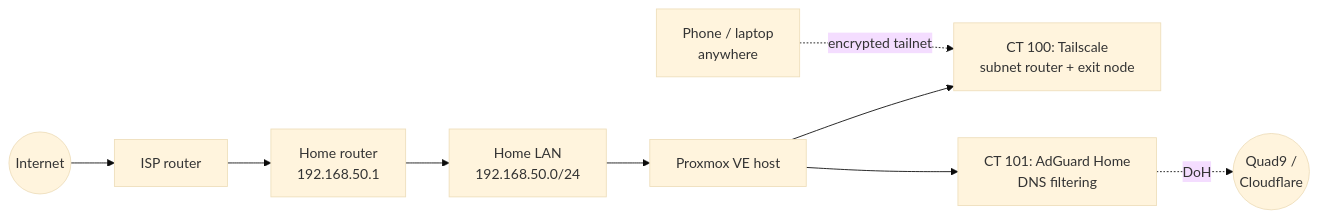
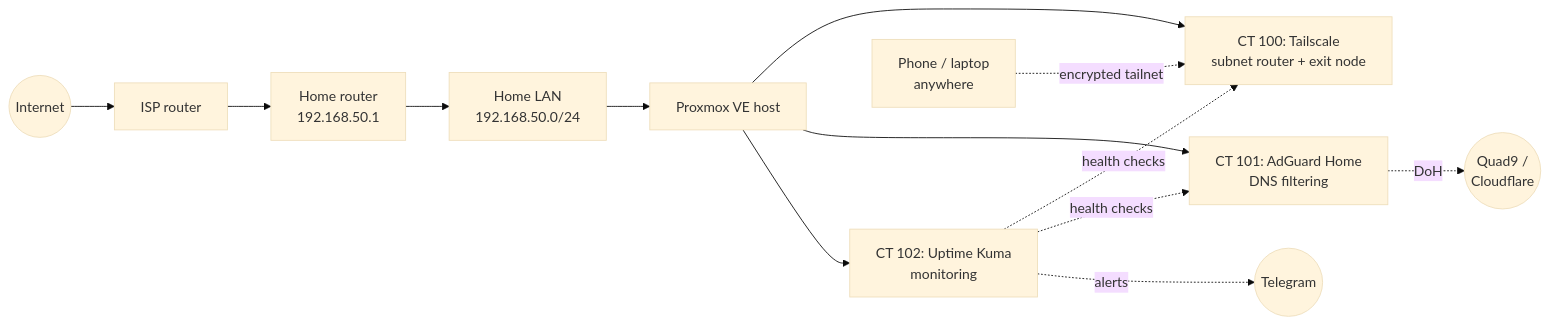
The diagram in README.md (faidalani/homelab), drawn with Mermaid (base theme) before and after one commit. The commit also changed other lines of this file and 63 other files, not shown here.

First line of the commit message:
Add 03-uptime-kuma write-up

````diff
--- a/README.md
+++ b/README.md
@@ -24,11 +25,15 @@
 ```mermaid
 flowchart LR
     Internet((Internet)) --> ISP[ISP router]
     ISP --> RTR[Home router<br/>192.168.50.1]
     RTR --> LAN[Home LAN<br/>192.168.50.0/24]
     LAN --> PVE[Proxmox VE host]
     PVE --> TS[CT 100: Tailscale<br/>subnet router + exit node]
     PVE --> AG[CT 101: AdGuard Home<br/>DNS filtering]
     AG -. DoH .-> DNS((Quad9 /<br/>Cloudflare))
+    PVE --> UK[CT 102: Uptime Kuma<br/>monitoring]
+    UK -. health checks .-> TS
+    UK -. health checks .-> AG
+    UK -. alerts .-> TG((Telegram))
     Remote[Phone / laptop<br/>anywhere] -. encrypted tailnet .-> TS
 ```
````
